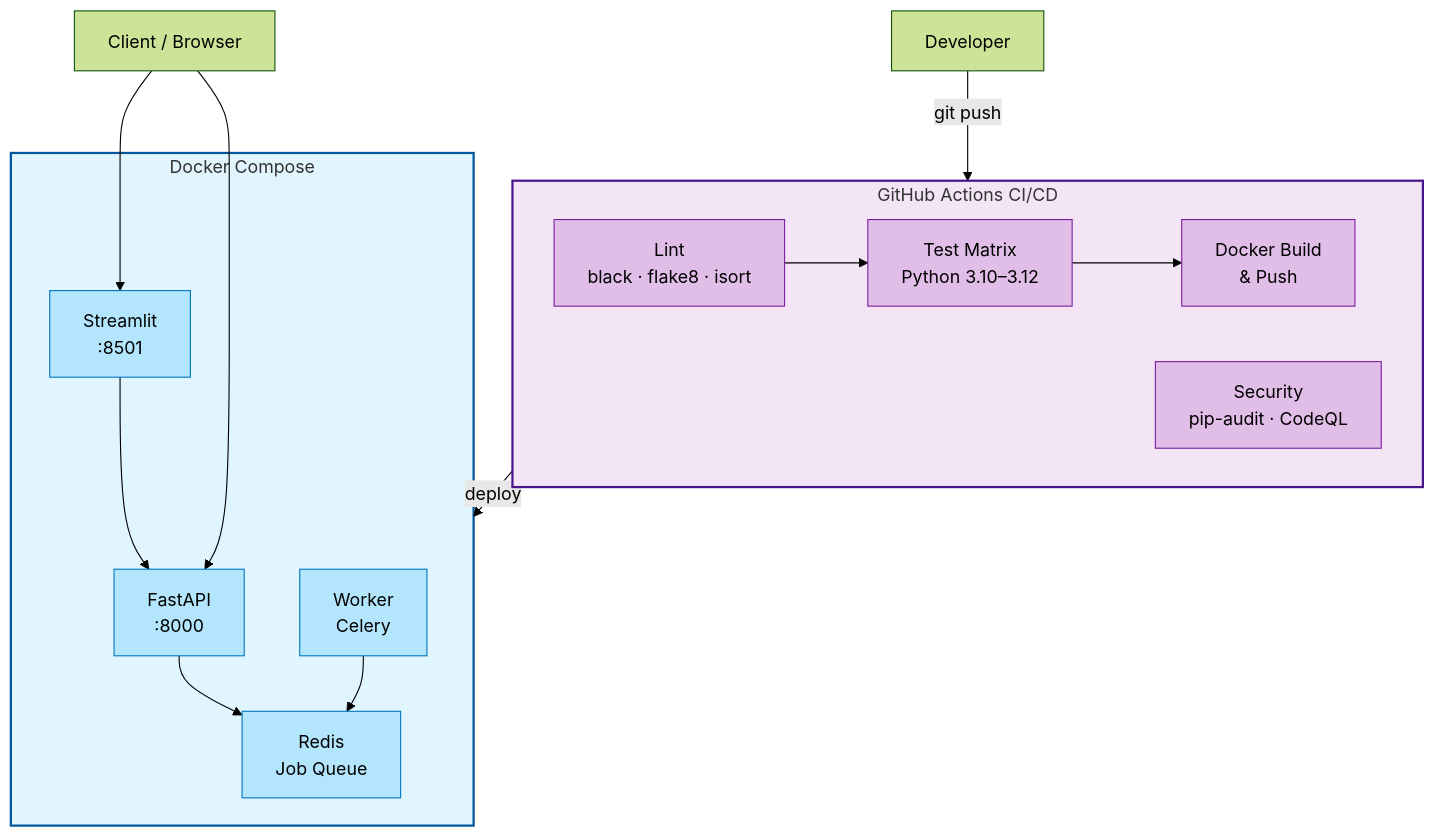
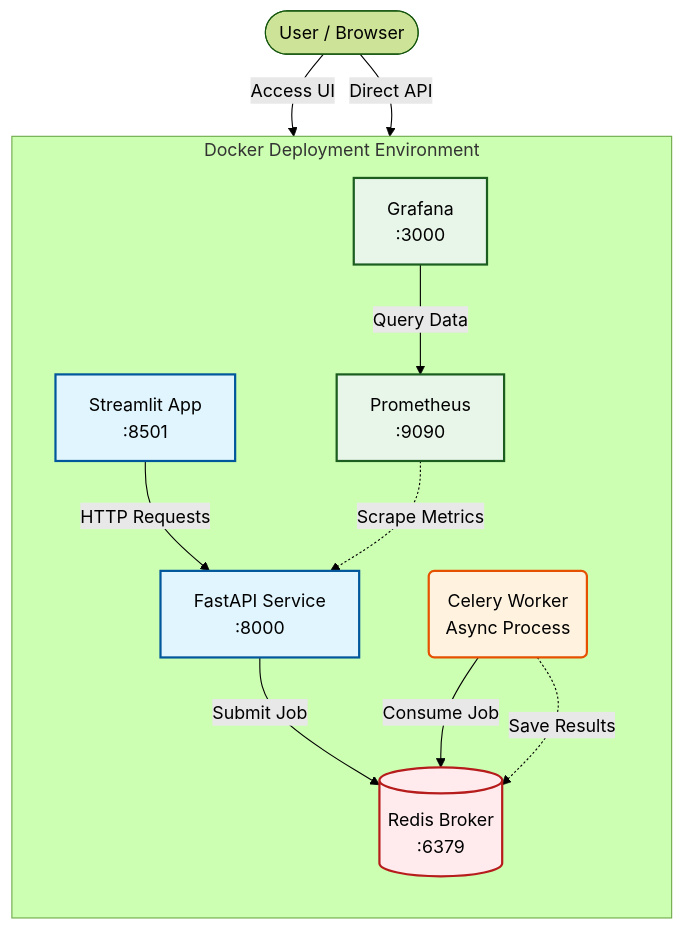
The third of 4 diagrams in README.md (mlvpatel/SportsAnalytics-CV), drawn with Mermaid (forest theme) before and after one commit. The commit also changed other lines of this file, not shown here.

Commit message:
docs: improve architecture diagrams with proper design [skip ci]

````diff
--- a/README.md
+++ b/README.md
@@ -127,30 +127,41 @@
 ```mermaid
 flowchart TD
-    subgraph DOCKER["Docker Compose"]
-        style DOCKER fill:#e1f5fe,stroke:#01579b,stroke-width:2px
-        API["FastAPI\n:8000"]:::docker
-        REDIS["Redis\nJob Queue"]:::docker
-        WORKER["Worker\nCelery"]:::docker
-        UI["Streamlit\n:8501"]:::docker
+    %% Define Styles
+    classDef service fill:#e1f5fe,stroke:#01579b,stroke-width:2px,color:black
+    classDef db fill:#ffebee,stroke:#b71c1c,stroke-width:2px,color:black
+    classDef worker fill:#fff3e0,stroke:#e65100,stroke-width:2px,color:black
+    classDef monitor fill:#e8f5e9,stroke:#1b5e20,stroke-width:2px,color:black
 
-        API --> REDIS
-        WORKER --> REDIS
-        UI --> API
+    subgraph DOCKER[Docker Deployment Environment]
+        direction TB
+        
+        %% Frontend Service
+        UI[Streamlit App\n:8501]:::service 
+        
+        %% Backend Core
+        API[FastAPI Service\n:8000]:::service
+        
+        %% Data & Processing Layer
+        REDIS[(Redis Broker\n:6379)]:::db
+        WORKER(Celery Worker\nAsync Process):::worker
+        
+        %% Observability Stack
+        PROM[Prometheus\n:9090]:::monitor
+        GRAF[Grafana\n:3000]:::monitor
+        
+        %% Connections
+        UI -->|HTTP Requests| API
+        API -->|Submit Job| REDIS
+        WORKER -->|Consume Job| REDIS
+        WORKER -.->|Save Results| REDIS
+        
+        %% Monitoring Flow
+        PROM -.->|Scrape Metrics| API
+        GRAF -->|Query Data| PROM
     end
 
-    subgraph CI["GitHub Actions CI/CD"]
-        style CI fill:#f3e5f5,stroke:#4a148c,stroke-width:2px
-        LINT["Lint\nblack · flake8 · isort"]:::ci --> TEST
-        TEST["Test Matrix\nPython 3.10–3.12"]:::ci --> BUILD
-        SEC["Security\npip-audit · CodeQL"]:::ci
-        BUILD["Docker Build\n& Push"]:::ci
-    end
-
-    DEV["Developer"] -->|"git push"| CI
-    CI -->|"deploy"| DOCKER
-    CLIENT["Client / Browser"] --> UI
-    CLIENT --> API
-
-    classDef docker fill:#b3e5fc,stroke:#0277bd,stroke-width:1px,color:black;
-    classDef ci fill:#e1bee7,stroke:#7b1fa2,stroke-width:1px,color:black;
+    %% External Access
+    USER([User / Browser])
+    USER -->|Access UI| UI
+    USER -->|Direct API| API
 ```
````
